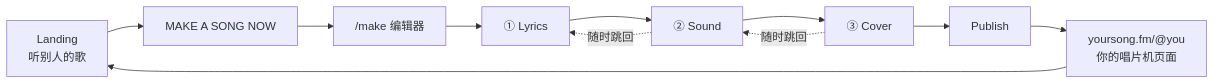
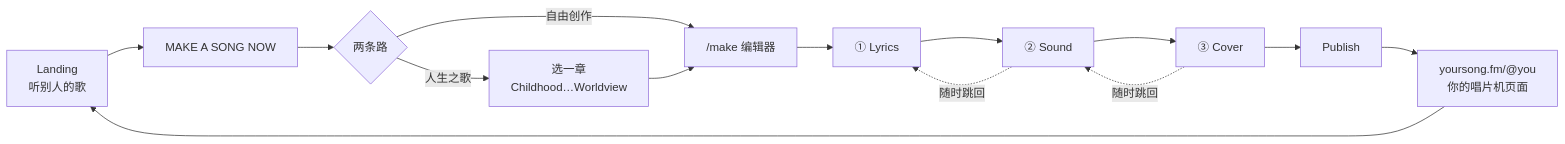
Before and after one commit to Belendali/yoursong: the diagram in docs/YOURSONG-产品文档.md, drawn with Mermaid. The commit also changed other lines of this file, not shown here.

````diff
--- a/docs/YOURSONG-产品文档.md
+++ b/docs/YOURSONG-产品文档.md
@@ -145,13 +149,16 @@
 ```mermaid
 flowchart LR
   L["Landing<br/>听别人的歌"] --> M["MAKE A SONG NOW"]
-  M --> E["/make 编辑器"]
+  M --> C{"两条路"}
+  C -->|人生之歌| CH["选一章<br/>Childhood…Worldview"]
+  C -->|自由创作| E
+  CH --> E["/make 编辑器"]
   E --> S1["① Lyrics"]
   S1 --> S2["② Sound"]
   S2 --> S3["③ Cover"]
   S3 --> P["Publish"]
   P --> H["yoursong.fm/@you<br/>你的唱片机页面"]
   H --> L
   S2 -.随时跳回.-> S1
   S3 -.随时跳回.-> S2
 ```
````
